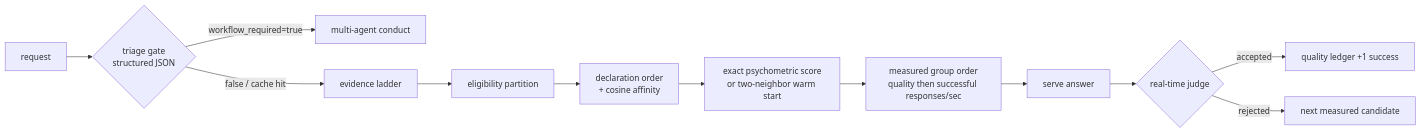
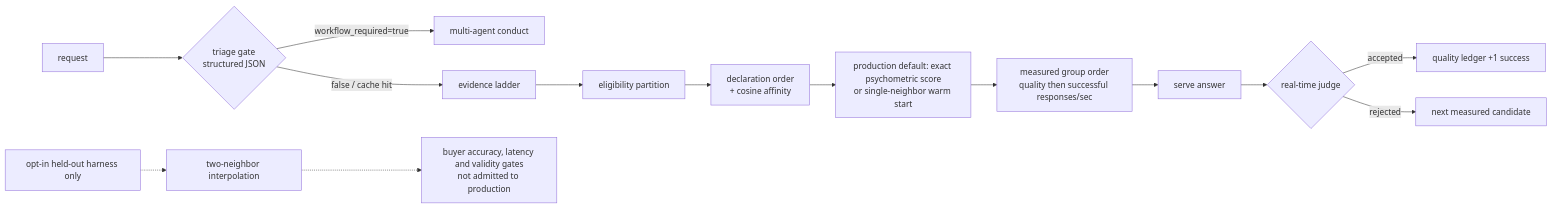
The diagram in docs/planning/adrs/0034-anti-heuristic-routing-evidence.md (ContextualWisdomLab/contextual-orchestrator), drawn with Mermaid before and after one commit. The commit also changed other lines of this file and 4 other files, not shown here.

````diff
--- a/docs/planning/adrs/0034-anti-heuristic-routing-evidence.md
+++ b/docs/planning/adrs/0034-anti-heuristic-routing-evidence.md
@@ -356,14 +356,16 @@
 ```mermaid
 flowchart LR
   Req[request] --> Tri{triage gate<br/>structured JSON}
   Tri -- workflow_required=true --> Cond[multi-agent conduct]
   Tri -- false / cache hit --> Rank[evidence ladder]
   Rank --> E1[eligibility partition]
   E1 --> E2[declaration order<br/>+ cosine affinity]
-  E2 --> P[exact psychometric score<br/>or two-neighbor warm start]
+  E2 --> P[production default: exact psychometric score<br/>or single-neighbor warm start]
   P --> E3[measured group order<br/>quality then successful responses/sec]
   E3 --> Serve[serve answer]
   Serve --> Judge{real-time judge}
   Judge -- accepted --> LedgerQ[quality ledger +1 success]
   Judge -- rejected --> Failover[next measured candidate]
+  Experiment[opt-in held-out harness only] -.-> TwoNeighbor[two-neighbor interpolation]
+  TwoNeighbor -.-> Gates[buyer accuracy, latency and validity gates<br/>not admitted to production]
 ```
````
